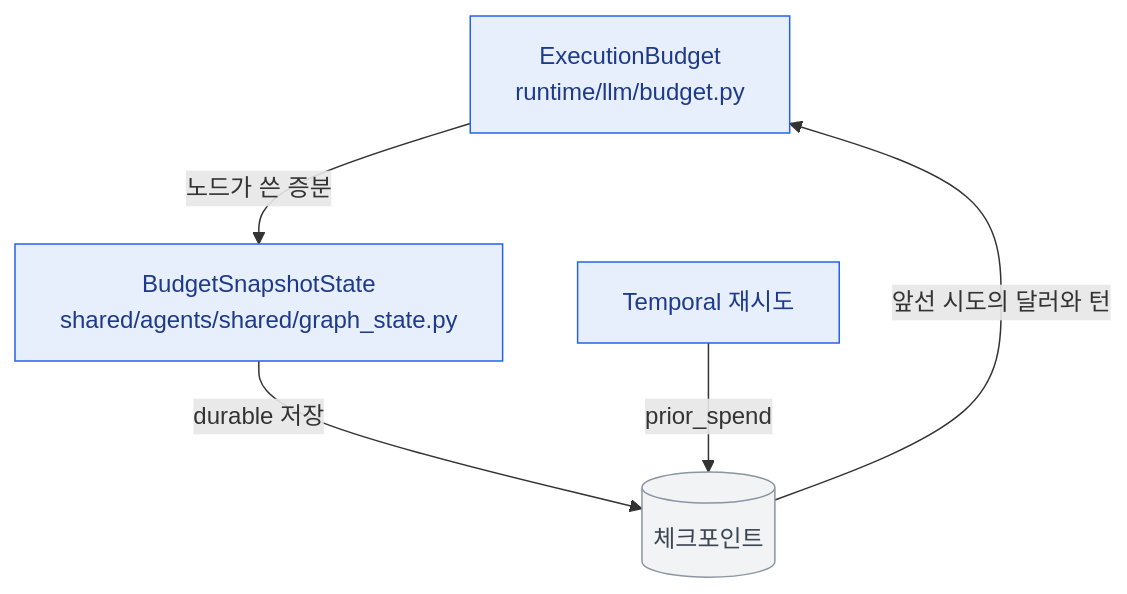
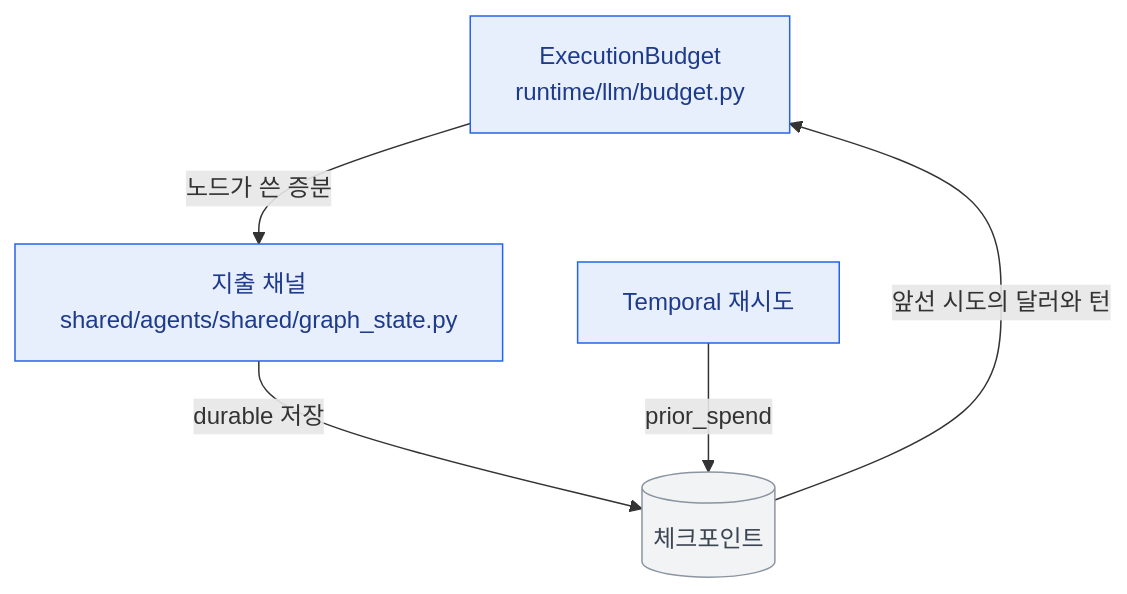
Before and after one commit to agent-tracer/tracer-agent-python: the tenth of 13 diagrams in ARCHITECTURE.md, drawn with Mermaid. The commit also changed other lines of this file and 3 other files, not shown here.

````diff
--- a/ARCHITECTURE.md
+++ b/ARCHITECTURE.md
@@ -263,15 +272,15 @@
 ```mermaid
 flowchart TB
     classDef code fill:#E7EEFC,stroke:#2563EB,color:#1E3A8A
     classDef ext fill:#F1F3F5,stroke:#8B95A1,color:#3D4653
 
     B["ExecutionBudget<br/>runtime/llm/budget.py"]:::code
-    ST["BudgetSnapshotState<br/>shared/agents/shared/graph_state.py"]:::code
+    ST["지출 채널<br/>shared/agents/shared/graph_state.py"]:::code
     CK[("체크포인트")]:::ext
     TP["Temporal 재시도"]:::code
 
     B -- "노드가 쓴 증분" --> ST
     ST -- "durable 저장" --> CK
     TP -- "prior_spend" --> CK
     CK -- "앞선 시도의 달러와 턴" --> B
 ```
````
